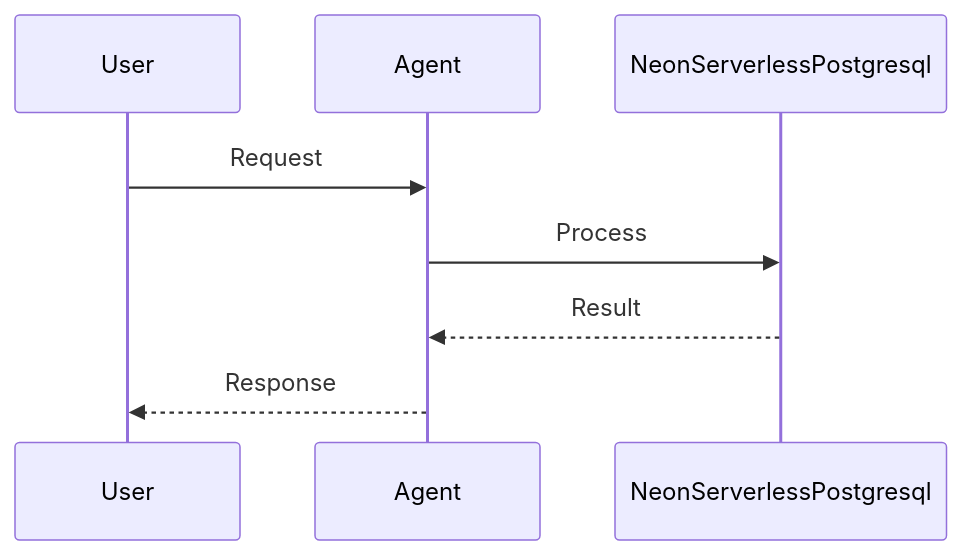
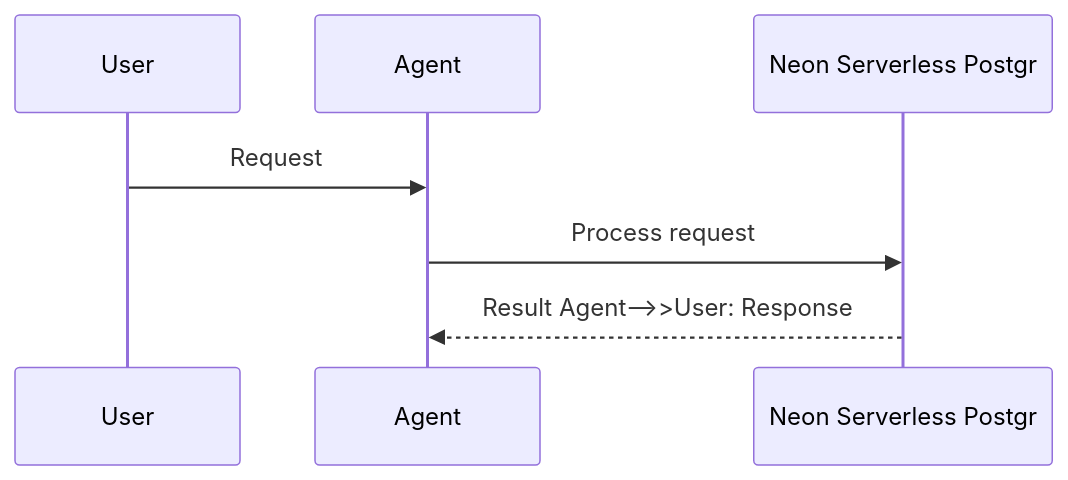
The second of 2 diagrams in docs/features/neon.mdx (MervinPraison/PraisonAIDocs), drawn with Mermaid before and after one commit. The commit also changed 204 other files, not shown here.

First line of the commit message:
docs: align feature/tool pages with AGENTS.md hero + sequence + import standards (fixes #1775)

````diff
--- a/docs/features/neon.mdx
+++ b/docs/features/neon.mdx
@@ -49,11 +49,10 @@
 ```mermaid
 sequenceDiagram
     participant User
     participant Agent
-    participant NeonServerlessPostgresql
+    participant Feature as Neon Serverless Postgr
 
     User->>Agent: Request
-    Agent->>NeonServerlessPostgresql: Process
-    NeonServerlessPostgresql-->>Agent: Result
-    Agent-->>User: Response
+    Agent->>Feature: Process request
+    Feature-->>Agent: Result    Agent-->>User: Response
 ```
````
